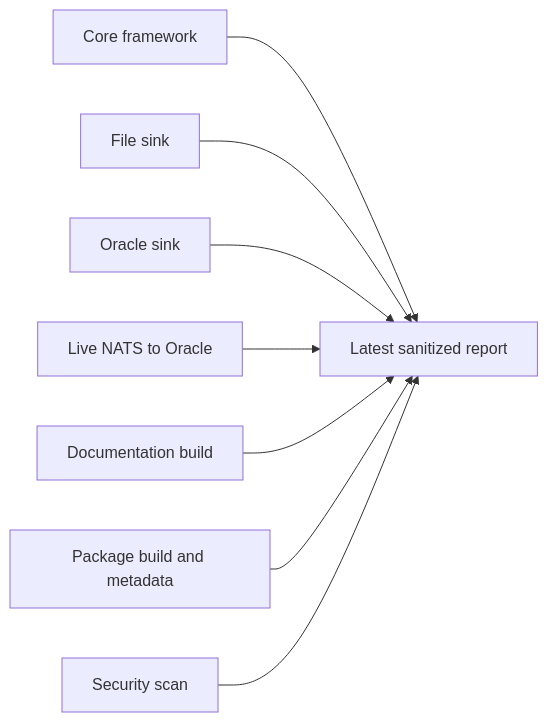
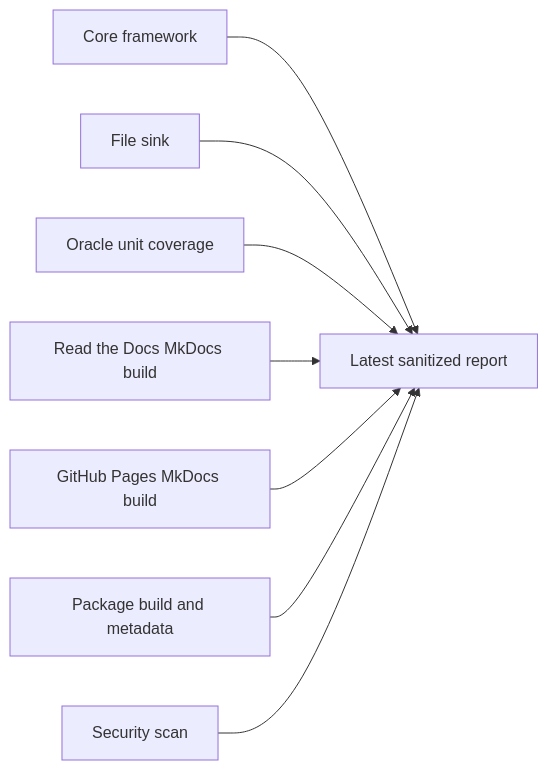
One commit to ProjectCuillin/nats-sinks changed the first of 5 diagrams in docs/test-report.md. Above: the diagram before and after it, drawn with Mermaid. The commit also changed other lines of this file and 32 other files, not shown here.

````diff
--- a/docs/test-report.md
+++ b/docs/test-report.md
@@ -29,10 +31,10 @@
 ```mermaid
 flowchart LR
     Core[Core framework] --> Report[Latest sanitized report]
     File[File sink] --> Report
-    Oracle[Oracle sink] --> Report
-    E2E[Live NATS to Oracle] --> Report
-    Docs[Documentation build] --> Report
+    OracleUnit[Oracle unit coverage] --> Report
+    DocsRTD[Read the Docs MkDocs build] --> Report
+    DocsPages[GitHub Pages MkDocs build] --> Report
     Package[Package build and metadata] --> Report
     Security[Security scan] --> Report
 ```
````
